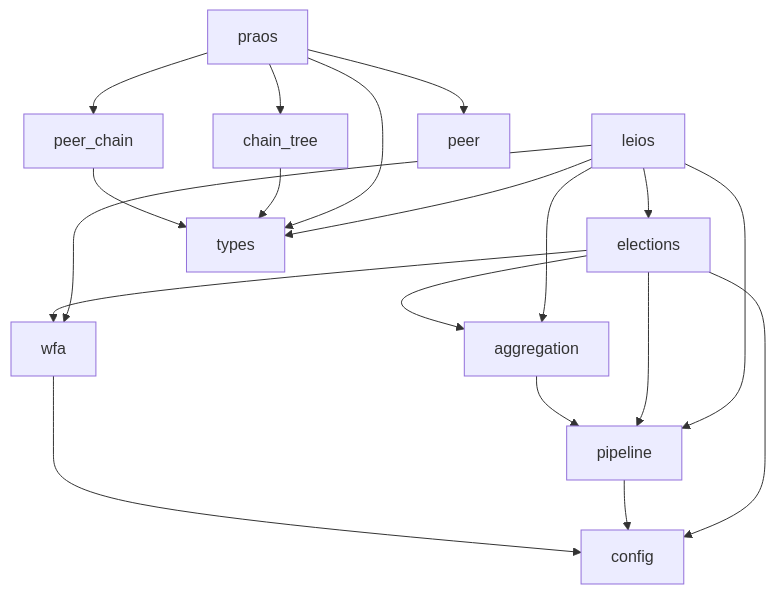
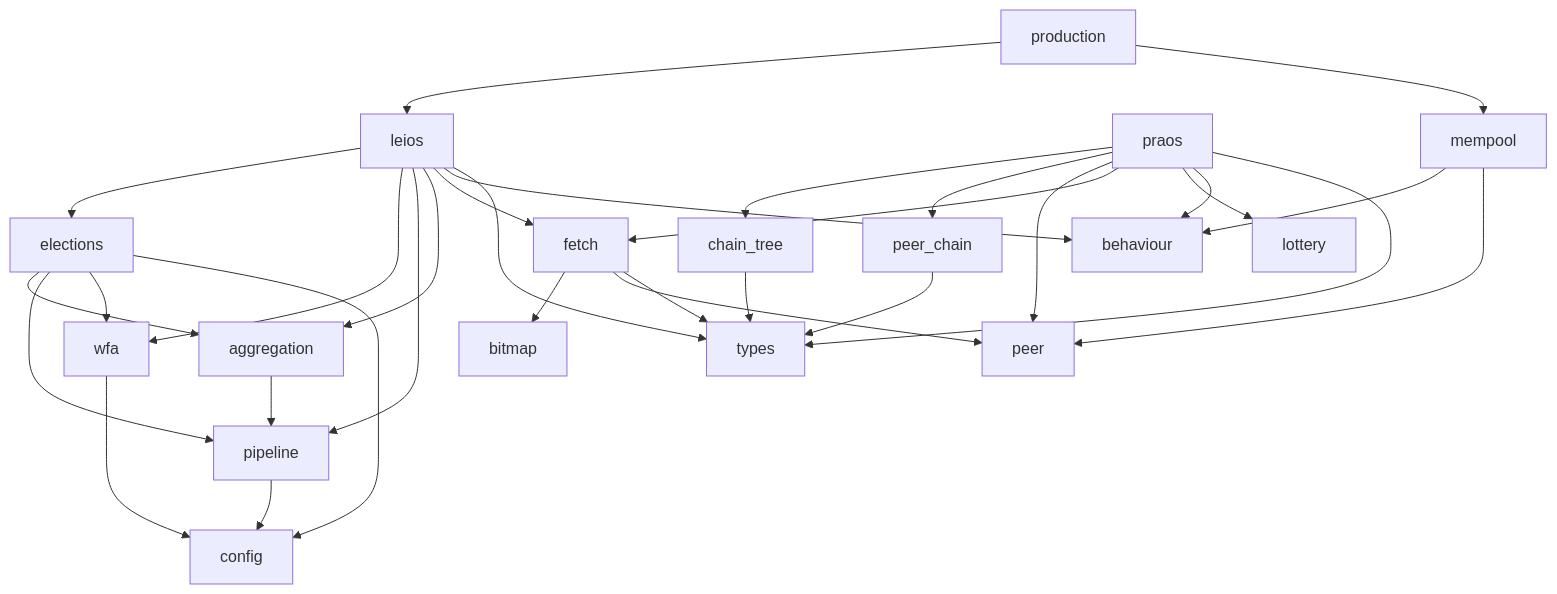
Before and after one commit to input-output-hk/ouroboros-leios: the ninth of 9 diagrams in shared-rs/consensus/README.md, drawn with Mermaid. The commit also changed other lines of this file and 2 other files, not shown here.

First line of the commit message:
shared-consensus: refresh README and CLAUDE; document behaviour plugins

````diff
--- a/shared-rs/consensus/README.md
+++ b/shared-rs/consensus/README.md
@@ -210,21 +420,33 @@
 ```mermaid
 graph TD
     leios --> elections
     leios --> wfa
     leios --> pipeline
     leios --> aggregation
+    leios --> fetch
+    leios --> behaviour
     leios --> types
     praos --> chain_tree
     praos --> peer_chain
     praos --> peer
+    praos --> fetch
+    praos --> lottery
+    praos --> behaviour
     praos --> types
+    mempool --> behaviour
+    mempool --> peer
+    production --> leios
+    production --> mempool
     elections --> aggregation
     elections --> pipeline
     elections --> wfa
     elections --> config
     aggregation --> pipeline
     chain_tree --> types
     peer_chain --> types
     pipeline --> config
     wfa --> config
+    fetch --> bitmap
+    fetch --> peer
+    fetch --> types
 ```
````
